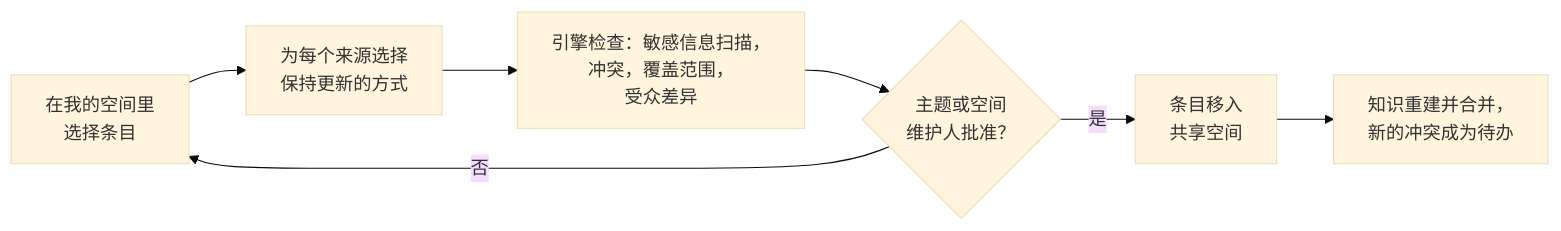
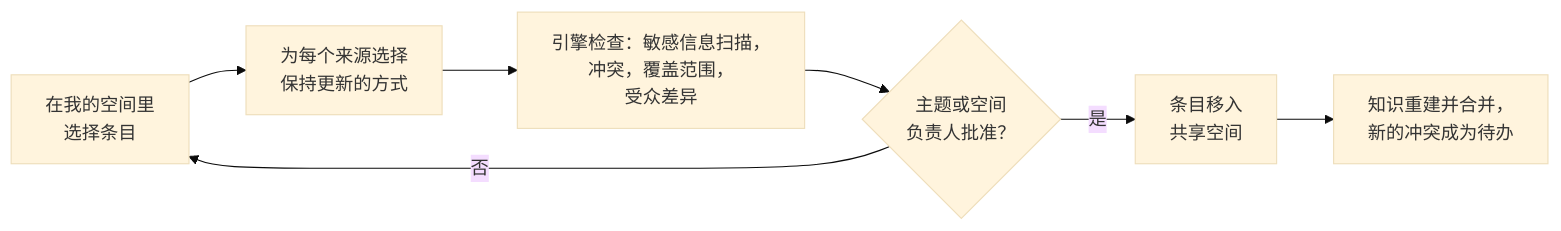
Before and after one commit to AngelMsger/Inspiration: the sixth of 9 diagrams in docs/zh/overview.md, drawn with Mermaid (base theme). The commit also changed other lines of this file and 24 other files, not shown here.

````diff
--- a/docs/zh/overview.md
+++ b/docs/zh/overview.md
@@ -257,9 +257,9 @@
 ```mermaid
 flowchart LR
   A["在我的空间里<br/>选择条目"] --> B["为每个来源选择<br/>保持更新的方式"]
   B --> C["引擎检查：敏感信息扫描，<br/>冲突，覆盖范围，<br/>受众差异"]
-  C --> D{"主题或空间<br/>维护人批准？"}
+  C --> D{"主题或空间<br/>负责人批准？"}
   D -- 是 --> E["条目移入<br/>共享空间"]
   D -- 否 --> A
   E --> F["知识重建并合并，<br/>新的冲突成为待办"]
 ```
````
